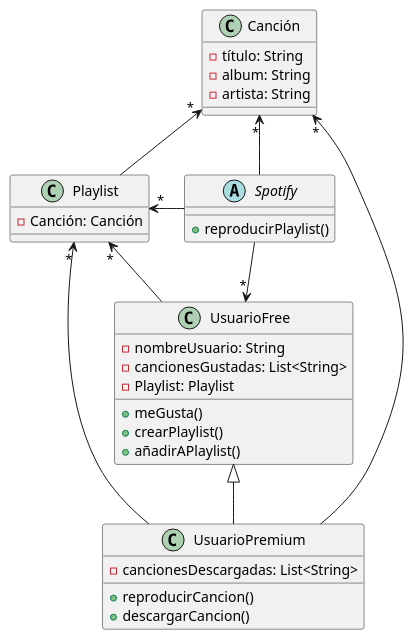
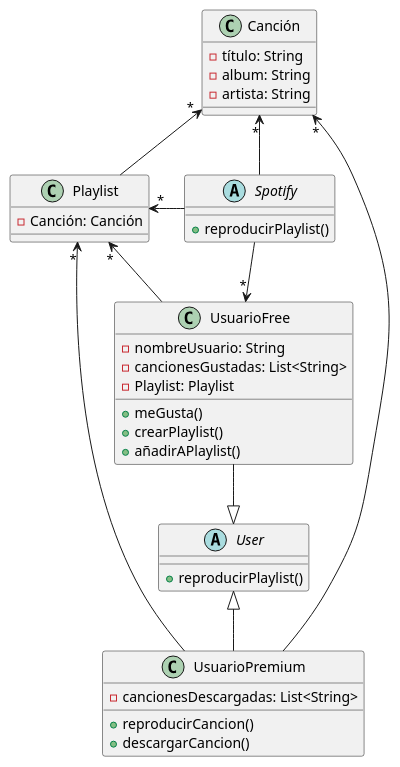
One commit to SantyVylla/seriousProjects changed the diagram in Java/Spotify/src/Spotify.puml. Above: the diagram before and after it, drawn with PlantUML. The commit also changed 26 other files, not shown here.

```diff
--- a/Java/Spotify/src/Spotify.puml
+++ b/Java/Spotify/src/Spotify.puml
@@ -1,34 +1,39 @@
 @startuml
 abstract class Spotify {
++ reproducirPlaylist()
+}
+abstract class User {
 + reproducirPlaylist()
 }
 class Playlist {
 - Canción: Canción
 }
 class Canción {
 - título: String
 - album: String
 - artista: String
 }
 class UsuarioFree {
 - nombreUsuario: String
 - cancionesGustadas: List<String>
 - Playlist: Playlist
 + meGusta()
 + crearPlaylist()
 + añadirAPlaylist()
 }
 class UsuarioPremium{
 - cancionesDescargadas: List<String>
 + reproducirCancion()
 + descargarCancion()
 }
 Spotify --> "*" Canción
 Spotify -l-> "*" Playlist
 Playlist -u-> "*" Canción
 UsuarioFree --> "*" Playlist
 Spotify --> "*" UsuarioFree
-UsuarioFree <|-- UsuarioPremium
+User <|-- UsuarioPremium
 UsuarioPremium --> "*" Canción
 UsuarioPremium --> "*" Playlist
+UsuarioFree --|> User
+
 @enduml
```
